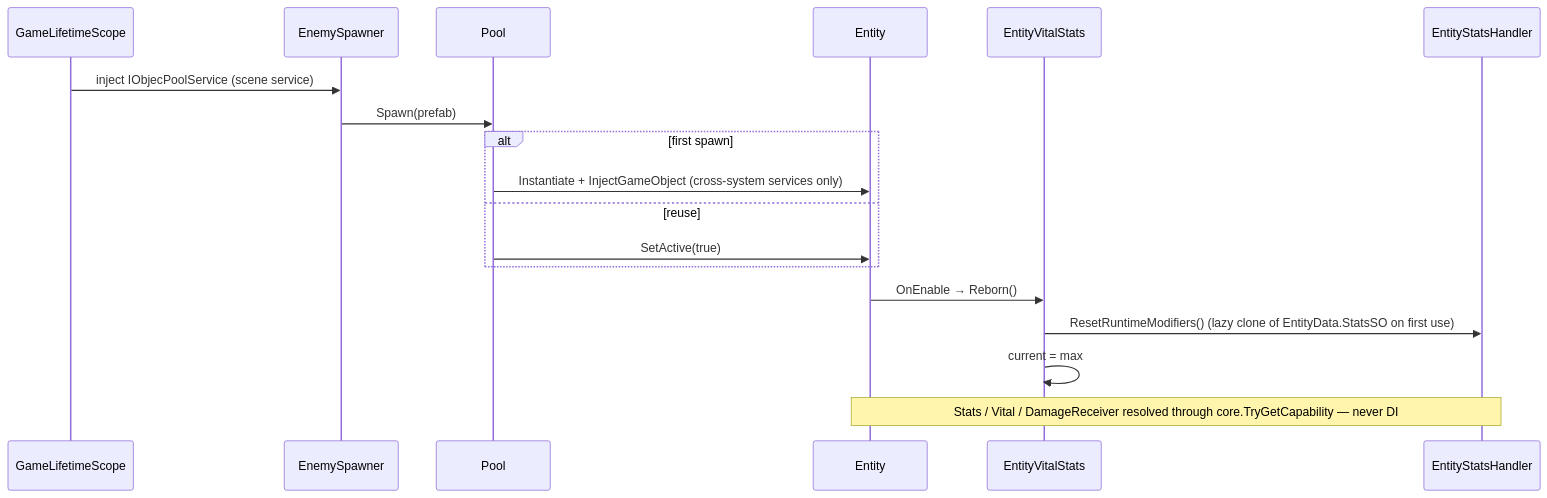
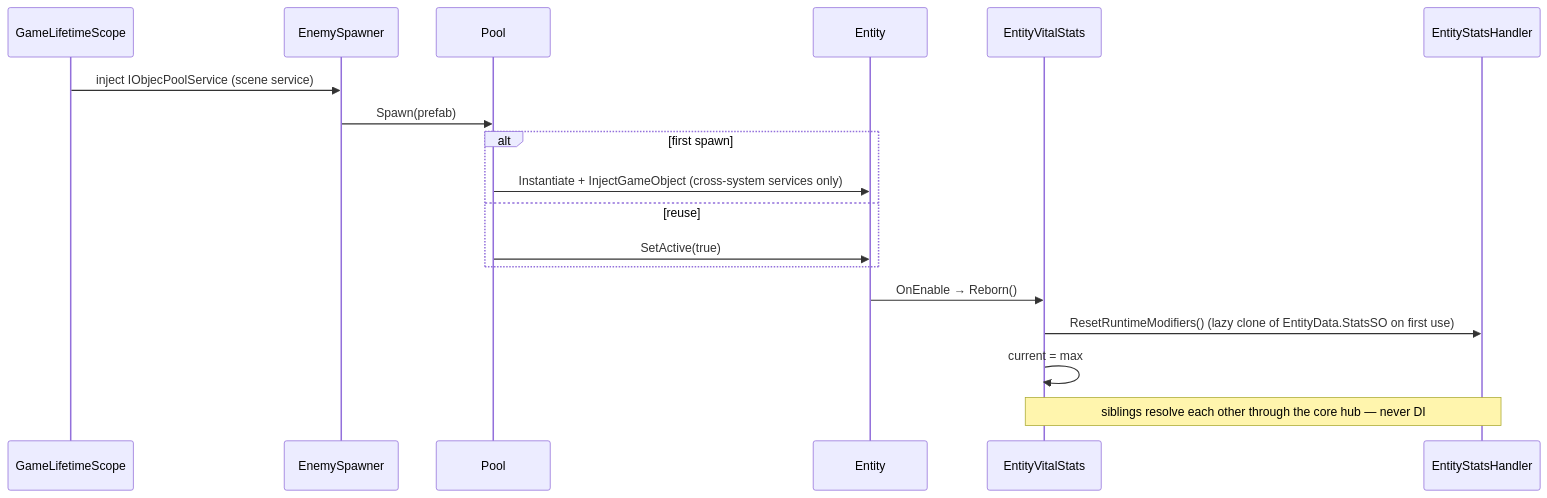
The eighth of 8 diagrams in docs/diagrams/character-architecture-diagrams.md (kay6198835/Game-RPG), drawn with Mermaid before and after one commit. The commit also changed other lines of this file and 28 other files, not shown here.

````diff
--- a/docs/diagrams/character-architecture-diagrams.md
+++ b/docs/diagrams/character-architecture-diagrams.md
@@ -192,20 +201,20 @@
 ```mermaid
 sequenceDiagram
     participant LS as GameLifetimeScope
     participant ES as EnemySpawner
     participant P as Pool
     participant EN as Entity
     participant VS as EntityVitalStats
     participant SH as EntityStatsHandler
     LS->>ES: inject IObjecPoolService (scene service)
     ES->>P: Spawn(prefab)
     alt first spawn
         P->>EN: Instantiate + InjectGameObject (cross-system services only)
     else reuse
         P->>EN: SetActive(true)
     end
     EN->>VS: OnEnable → Reborn()
     VS->>SH: ResetRuntimeModifiers() (lazy clone of EntityData.StatsSO on first use)
     VS->>VS: current = max
-    Note over EN,SH: Stats / Vital / DamageReceiver resolved through core.TryGetCapability — never DI
+    Note over VS,SH: siblings resolve each other through the core hub — never DI
 ```
````
